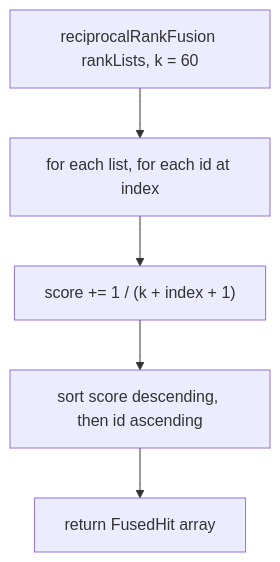
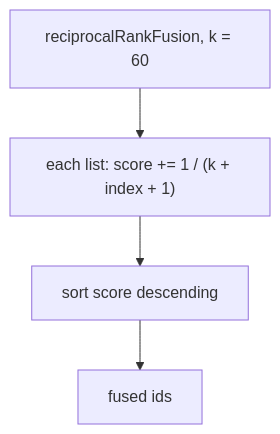
Before and after one commit to adamrefaey/meeting-intelligence: the third of 4 diagrams in docs/flows/retrieval.md, drawn with Mermaid. The commit also changed other lines of this file and 2 other files, not shown here.

````diff
--- a/docs/flows/retrieval.md
+++ b/docs/flows/retrieval.md
@@ -217,10 +62,9 @@
 ```mermaid
 flowchart TD
-  start["reciprocalRankFusion rankLists, k = 60"]
-  each["for each list, for each id at index"]
-  add["score += 1 / (k + index + 1)"]
-  sort["sort score descending, then id ascending"]
-  out["return FusedHit array"]
+  start["reciprocalRankFusion, k = 60"]
+  add["each list: score += 1 / (k + index + 1)"]
+  sort["sort score descending"]
+  out["fused ids"]
 
-  start --> each --> add --> sort --> out
+  start --> add --> sort --> out
 ```
````
